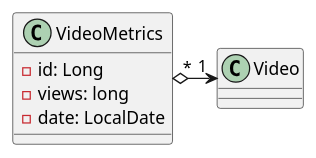
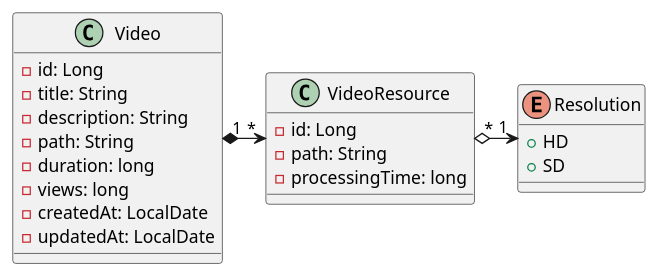
The diagram in diagram-class.plantuml (luan-coelho/data-streaming), drawn with PlantUML before and after one commit.

Commit message:
feat: Atualizando diagrama de classe.

```diff
--- a/diagram-class.plantuml
+++ b/diagram-class.plantuml
@@ -1,14 +1,28 @@
 @startuml
 
 class Video {
+    - id: Long
+    - title: String
+    - description: String
+    - path: String
+    - duration: long
+    - views: long
+    - createdAt: LocalDate
+    - updatedAt: LocalDate
 }
 
-class VideoMetrics {
+class VideoResource {
     - id: Long
-    - views: long
-    - date: LocalDate
+    - path: String
+    - processingTime: long
 }
 
-VideoMetrics "*" o-> "1" Video
+enum Resolution {
+    + HD
+    + SD
+}
+
+Video "1" *-right-> "*" VideoResource
+VideoResource "*" o-right-> "1" Resolution
 
 @enduml
```
